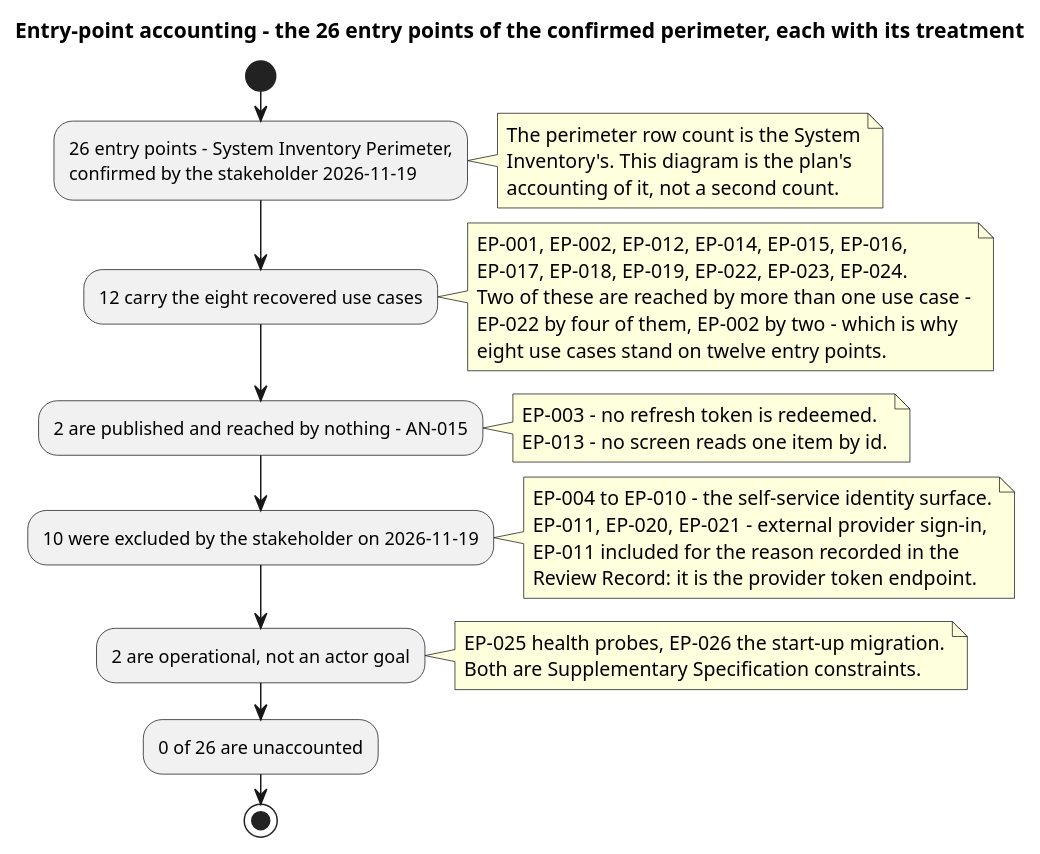
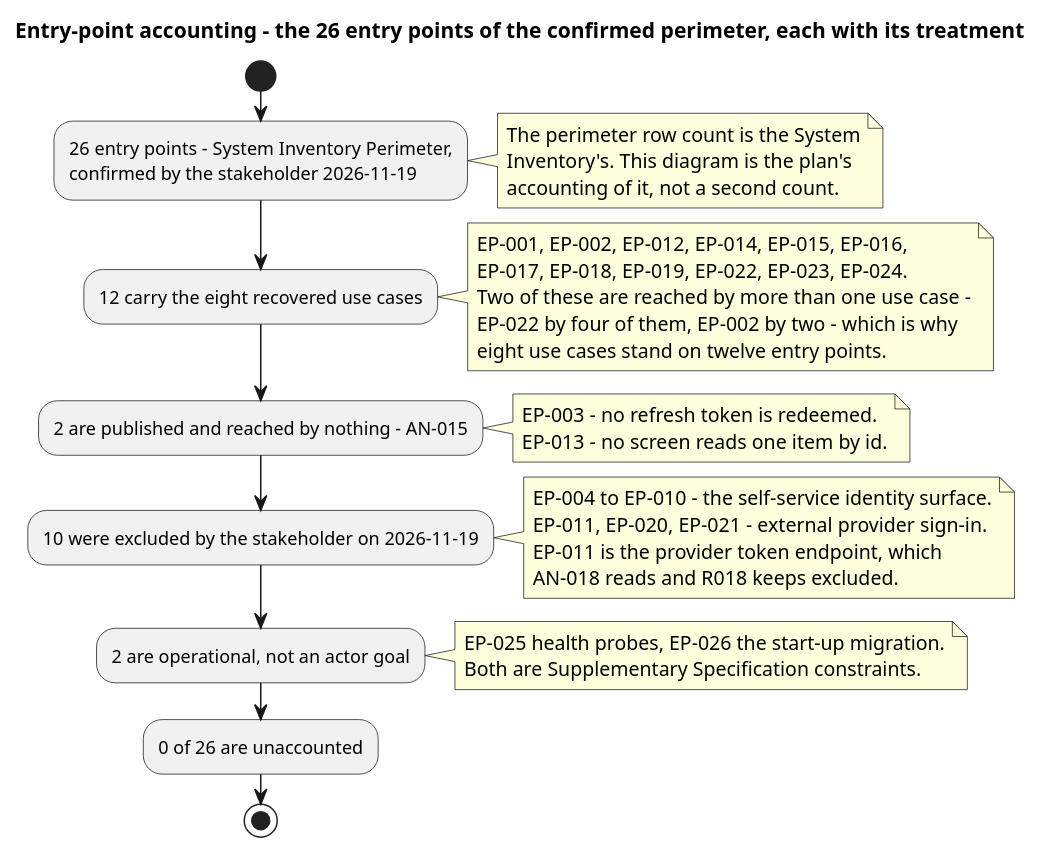
The fourth of 4 diagrams in docs/artifacts/project-management/iteration-plan.md (banense-test/TodoApp), drawn with PlantUML before and after one commit.

Commit message:
Project Manager [Excavation1]: upsert Iteration Plan
[skip ci]

````diff
--- a/docs/artifacts/project-management/iteration-plan.md
+++ b/docs/artifacts/project-management/iteration-plan.md
@@ -356,43 +356,43 @@
 ```plantuml
 @startuml
 title Entry-point accounting - the 26 entry points of the confirmed perimeter, each with its treatment
 skinparam shadowing false
 skinparam defaultTextAlignment left
 
 start
 :26 entry points - System Inventory Perimeter,
 confirmed by the stakeholder 2026-11-19;
 note right
   The perimeter row count is the System
   Inventory's. This diagram is the plan's
   accounting of it, not a second count.
 end note
 :12 carry the eight recovered use cases;
 note right
   EP-001, EP-002, EP-012, EP-014, EP-015, EP-016,
   EP-017, EP-018, EP-019, EP-022, EP-023, EP-024.
   Two of these are reached by more than one use case -
   EP-022 by four of them, EP-002 by two - which is why
   eight use cases stand on twelve entry points.
 end note
 :2 are published and reached by nothing - AN-015;
 note right
   EP-003 - no refresh token is redeemed.
   EP-013 - no screen reads one item by id.
 end note
 :10 were excluded by the stakeholder on 2026-11-19;
 note right
   EP-004 to EP-010 - the self-service identity surface.
-  EP-011, EP-020, EP-021 - external provider sign-in,
-  EP-011 included for the reason recorded in the
-  Review Record: it is the provider token endpoint.
+  EP-011, EP-020, EP-021 - external provider sign-in.
+  EP-011 is the provider token endpoint, which
+  AN-018 reads and R018 keeps excluded.
 end note
 :2 are operational, not an actor goal;
 note right
   EP-025 health probes, EP-026 the start-up migration.
   Both are Supplementary Specification constraints.
 end note
 :0 of 26 are unaccounted;
 stop
 @enduml
 ```
````
